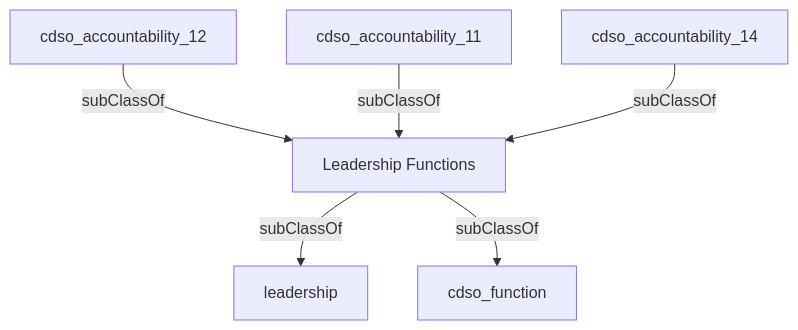
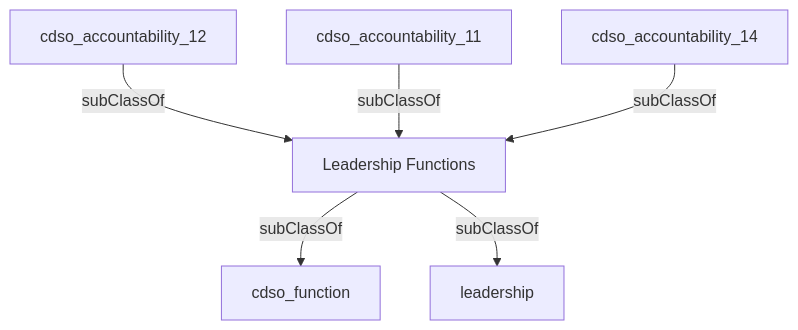
The diagram in content/accountabilities/leadership_functions.md (heidingaway/heidi2), drawn with Mermaid before and after one commit. The commit also changed other lines of this file and 372 other files, not shown here.

````diff
--- a/content/accountabilities/leadership_functions.md
+++ b/content/accountabilities/leadership_functions.md
@@ -31,14 +25,14 @@
 ```mermaid
 graph TD
   Leadership_Functions["Leadership Functions"]:::current-page-node
   cdso_function["cdso_function"]
   leadership["leadership"]
   cdso_accountability_11["cdso_accountability_11"]
   cdso_accountability_12["cdso_accountability_12"]
   cdso_accountability_14["cdso_accountability_14"]
-  Leadership_Functions-->|" subClassOf "|leadership
   cdso_accountability_12-->|" subClassOf "|Leadership_Functions
+  Leadership_Functions-->|" subClassOf "|cdso_function
   cdso_accountability_11-->|" subClassOf "|Leadership_Functions
   cdso_accountability_14-->|" subClassOf "|Leadership_Functions
-  Leadership_Functions-->|" subClassOf "|cdso_function
+  Leadership_Functions-->|" subClassOf "|leadership
 ```
````
